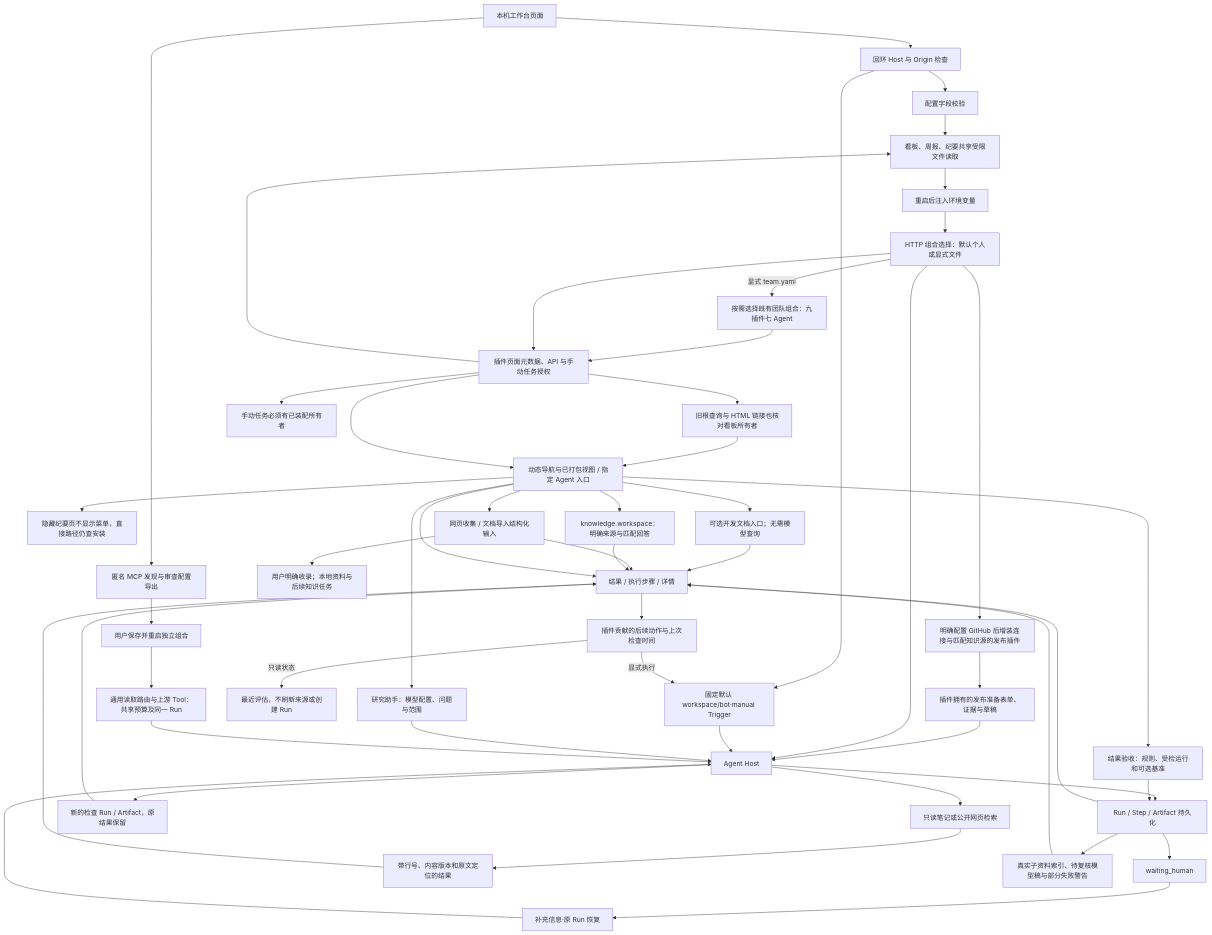
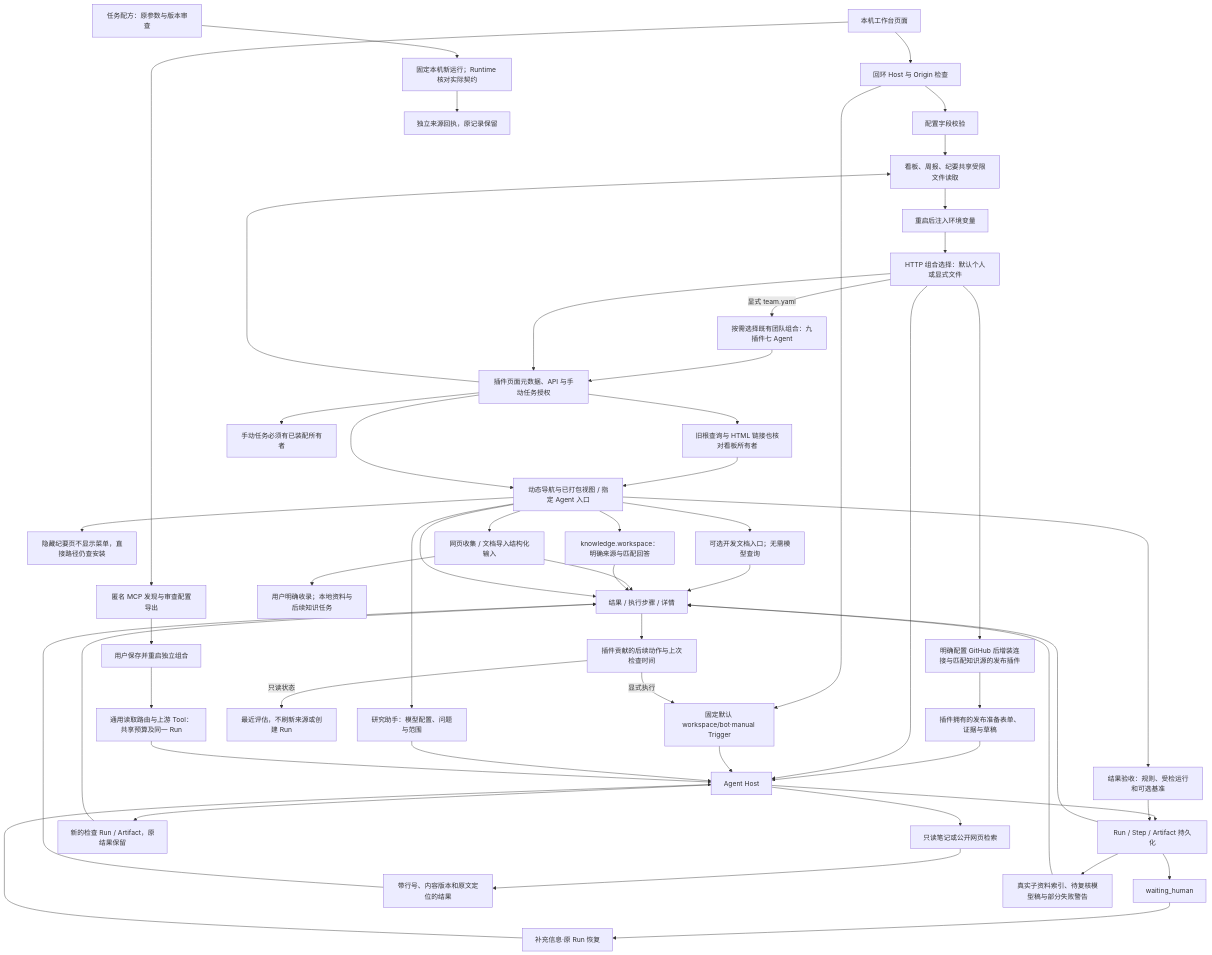
Before and after one commit to KlayPeter/AI-Delivery-Ops-Agent: the diagram in backend/src/platform/workspace/FEATURE.md, drawn with Mermaid. The commit also changed other lines of this file and 32 other files, not shown here.

````diff
--- a/backend/src/platform/workspace/FEATURE.md
+++ b/backend/src/platform/workspace/FEATURE.md
@@ -19,54 +19,56 @@
 ```mermaid
 flowchart TD
     UI[本机工作台页面] --> G[回环 Host 与 Origin 检查]
     G --> CFG[配置字段校验]
     CFG --> FILE[connections.json 原子写入·0600]
     FILE --> BOOT[重启后注入环境变量]
     BOOT --> PL[HTTP 组合选择：默认个人或显式文件]
     PL -- 显式 team.yaml --> TEAM[按需选择既有团队组合：九插件七 Agent]
     TEAM --> WEB
     PL --> GH[明确配置 GitHub 后增装连接与匹配知识源的发布插件]
     GH --> RP[插件拥有的发布准备表单、证据与草稿]
     RP --> H
     PL --> H[Agent Host]
     G --> T[固定默认 workspace/bot·manual Trigger]
     T --> H
     H --> R[Run / Step / Artifact 持久化]
     R --> V[结果 / 执行步骤 / 详情]
     R --> WAIT[waiting_human]
     WAIT --> REPLY[补充信息·原 Run 恢复]
     REPLY --> H
     H --> K[只读笔记或公开网页检索]
     K --> EV[带行号、内容版本和原文定位的结果]
     EV --> V
     PL --> WEB[插件页面元数据、API 与手动任务授权]
     WEB --> ALIAS[旧根查询与 HTML 链接也核对看板所有者]
     ALIAS --> NAV
     WEB --> NAV[动态导航与已打包视图 / 指定 Agent 入口]
     NAV --> HIDDEN[隐藏纪要页不显示菜单，直接路径仍查安装]
     WEB --> FILE[看板、周报、纪要共享受限文件读取]
     NAV --> C7[可选开发文档入口；无需模型查询]
     C7 --> V
     NAV --> COL[网页收集 / 文档导入结构化输入]
     COL --> V
     NAV --> RS[研究助手：模型配置、问题与范围]
     RS --> H
     R --> RSINDEX[真实子资料索引、待复核模型稿与部分失败警告]
     RSINDEX --> V
     NAV --> KW[knowledge.workspace：明确来源与匹配回答]
     KW --> V
     NAV --> V
     WEB --> JOBS[手动任务必须有已装配所有者]
     V --> ACT[插件贡献的后续动作与上次检查时间]
     ACT -- 只读状态 --> KV[最近评估，不刷新来源或创建 Run]
     ACT -- 显式执行 --> T
     H --> CHECK[新的检查 Run / Artifact，原结果保留]
     CHECK --> V
     COL --> KLIB[用户明确收录；本地资料与后续知识任务]
     NAV --> QCP[结果验收：规则、受检运行和可选基准]
     QCP --> R
     UI --> MCPSETUP[匿名 MCP 发现与审查配置导出]
     MCPSETUP --> MCPRESTART[用户保存并重启独立组合]
     MCPRESTART --> MCPRUN[通用读取路由与上游 Tool：共享预算及同一 Run]
     MCPRUN --> H
+    REC[任务配方：原参数与版本审查] --> RECRUN[固定本机新运行；Runtime 核对实际契约]
+    RECRUN --> RECEIPT[独立来源回执，原记录保留]
 ```
````
